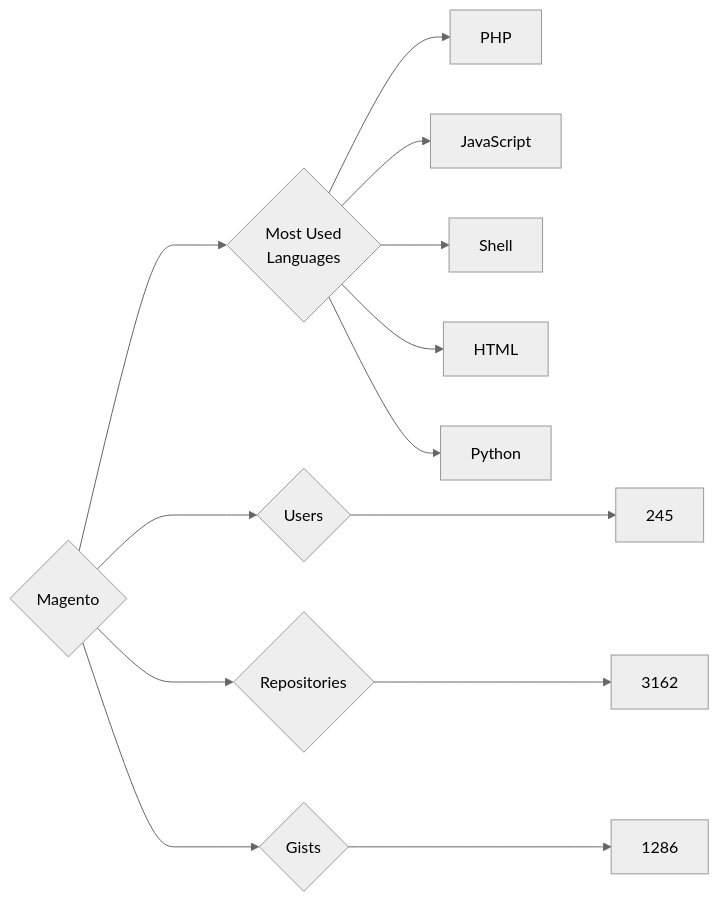
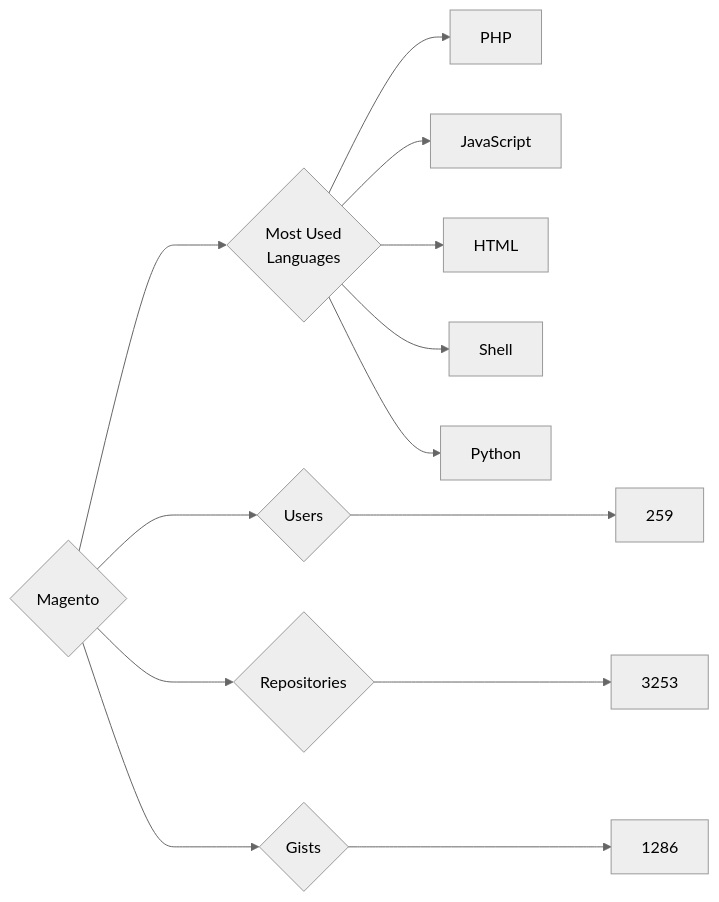
Before and after one commit to trickest/insiders: the diagram in targets/Magento/README.md, drawn with Mermaid (neutral theme). The commit also changed 899 other files, not shown here.

````diff
--- a/targets/Magento/README.md
+++ b/targets/Magento/README.md
@@ -3,13 +3,13 @@
 ```mermaid
 graph LR
 COMPANY_NAME{Magento}
-COMPANY_NAME ---> U{Users} ---> UN[245]
-COMPANY_NAME ---> R{Repositories} ---> RN[3162]
+COMPANY_NAME ---> U{Users} ---> UN[259]
+COMPANY_NAME ---> R{Repositories} ---> RN[3253]
 COMPANY_NAME ---> G{Gists} ---> GN[1286]
 COMPANY_NAME ---> ML{Most Used<br>Languages}
 ML --> PHP[PHP]
 ML --> JavaScript[JavaScript]
+ML --> HTML[HTML]
 ML --> Shell[Shell]
-ML --> HTML[HTML]
 ML --> Python[Python]
 ```
````
